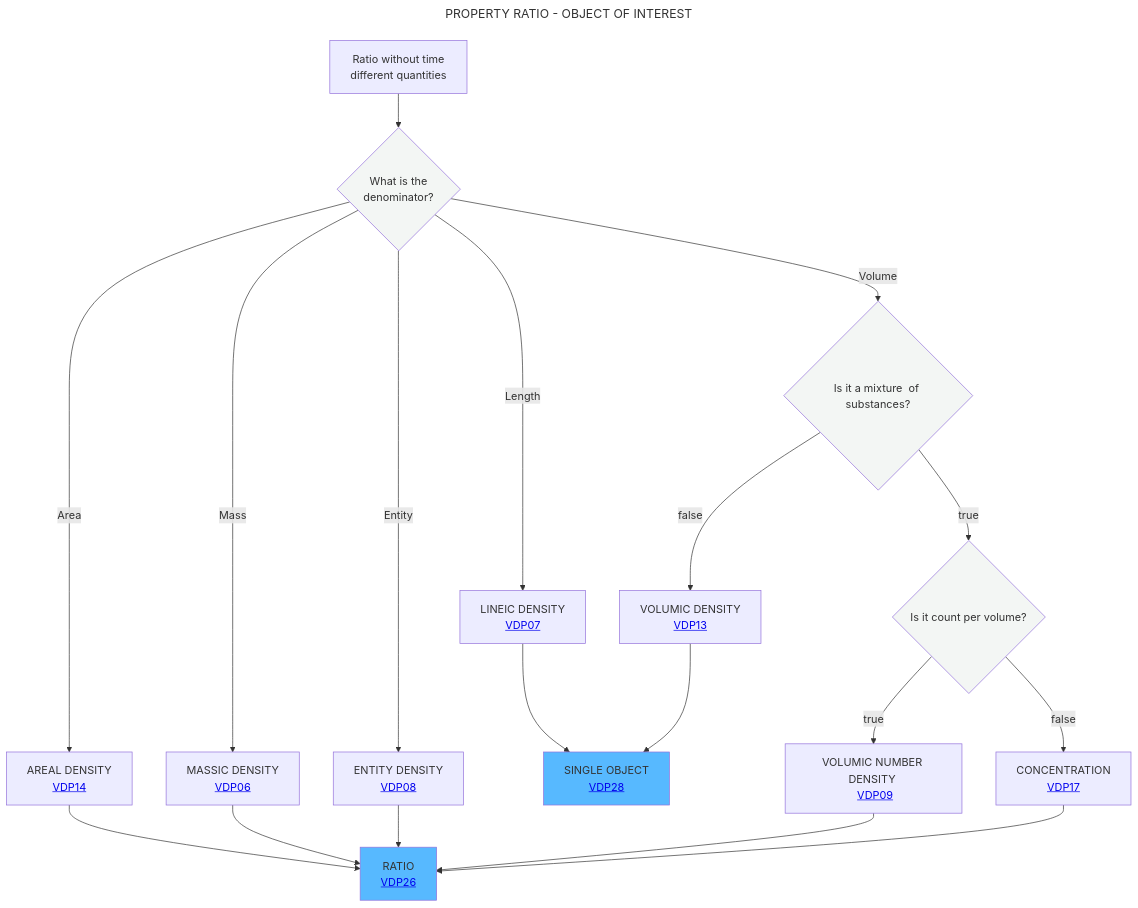
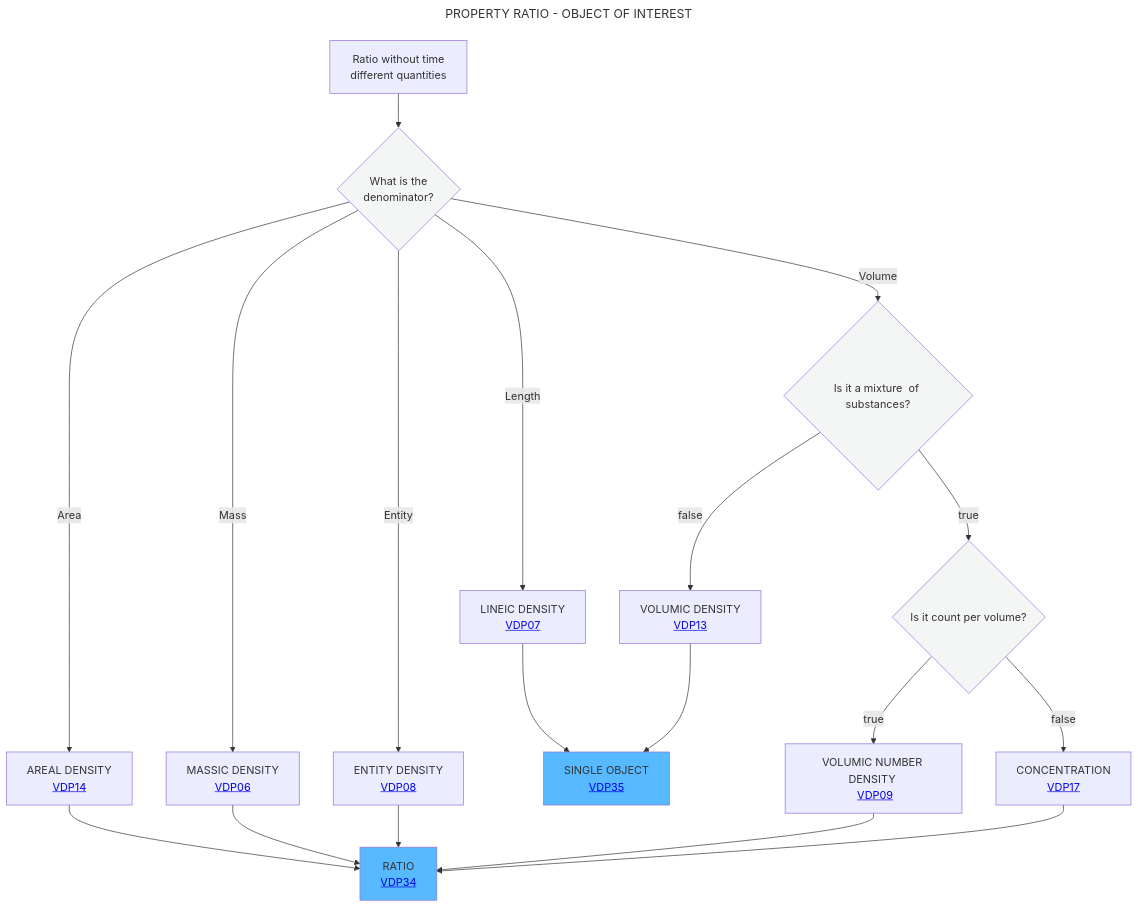
The diagram in Decisition_trees/DT4.mmd (mabablue/I-ADOPT-patterns-playground), drawn with Mermaid before and after one commit.

```diff
--- a/Decisition_trees/DT4.mmd
+++ b/Decisition_trees/DT4.mmd
@@ -1,25 +1,25 @@
 ---
 title: PROPERTY RATIO - OBJECT OF INTEREST
 ---
 flowchart TD
     A[Ratio without time <br> different quantities] --> B{What is the <br> denominator?}:::white
     B -- Area -->C[AREAL DENSITY <br> <a href='https://github.com/mabablue/I-ADOPT-patterns-playground/blob/main/pattern/VDP14.yaml'>VDP14</a>]
     B -- Mass -->E[MASSIC DENSITY <br> <a href='https://github.com/mabablue/I-ADOPT-patterns-playground/blob/main/pattern/VDP06.yaml'>VDP06</a>]
     B -- Entity -->F[ENTITY DENSITY <br> <a href='https://github.com/mabablue/I-ADOPT-patterns-playground/blob/main/pattern/VDP08.yaml'>VDP08</a>]
     B -- Length -->D[LINEIC DENSITY <br> <a href='https://github.com/mabablue/I-ADOPT-patterns-playground/blob/main/pattern/VDP07.yaml'>VDP07</a>]
     B -- Volume -->G{Is it a mixture <be> of substances?}:::white
     G --> |false|H[VOLUMIC DENSITY <br> <a href='https://github.com/mabablue/I-ADOPT-patterns-playground/blob/main/pattern/VDP13.yaml'>VDP13</a>]
     G--> |true|I{Is it count per volume?}:::white
     I --> |true|L[VOLUMIC NUMBER DENSITY <br> <a href='https://github.com/mabablue/I-ADOPT-patterns-playground/blob/main/pattern/VDP09.yaml'>VDP09</a>]
     I --> |false|M[CONCENTRATION <br> <a href='https://github.com/mabablue/I-ADOPT-patterns-playground/blob/main/pattern/VDP17.yaml'>VDP17</a>]
-    C --> N[RATIO <br> <a href='https://github.com/mabablue/I-ADOPT-patterns-playground/blob/main/pattern/VDP26.yaml'>VDP26</a>]:::satblue
+    C --> N[RATIO <br> <a href='https://github.com/mabablue/I-ADOPT-patterns-playground/blob/main/pattern/VDP34.yaml'>VDP34</a>]:::satblue
     E --> N
     F --> N
-    D --> O[SINGLE OBJECT <br> <a href='https://github.com/mabablue/I-ADOPT-patterns-playground/blob/main/pattern/VDP28.yaml'>VDP28</a>]:::satblue
+    D --> O[SINGLE OBJECT <br> <a href='https://github.com/mabablue/I-ADOPT-patterns-playground/blob/main/pattern/VDP35.yaml'>VDP35</a>]:::satblue
     H --> O
     L --> N
     M --> N
    classDef blue fill:#90D5FF
    classDef satblue fill:#57B9FF 
    classDef white fill:#f3f6f4
    classDef green fill:#6aa84f
```
